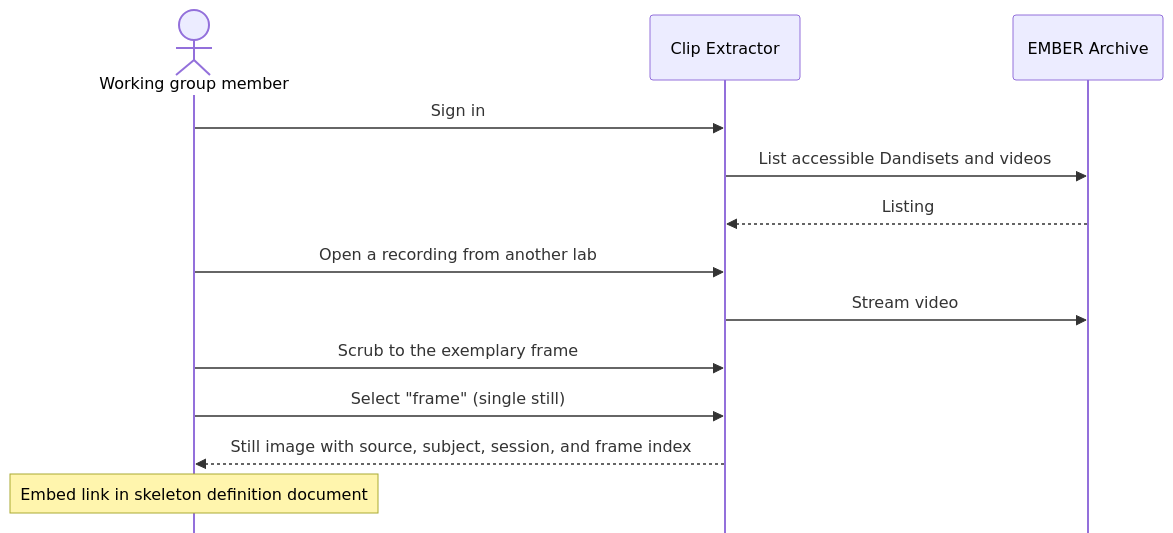
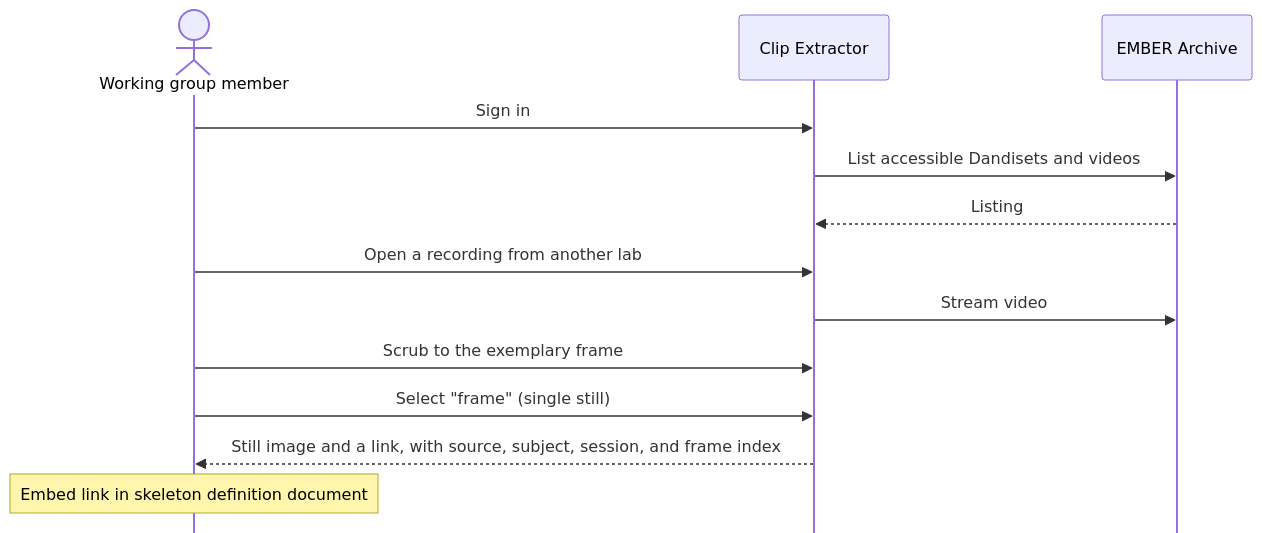
One commit to CodyCBakerPhD/BBQS-EMBER-docs changed the diagram in user-stories/clip-extractor/story-04-capture-a-reference-frame-for-a-skeleton-definition.md. Above: the diagram before and after it, drawn with Mermaid. The commit also changed other lines of this file, not shown here.

First line of the commit message:
Carry the shareable link through story 4

````diff
--- a/user-stories/clip-extractor/story-04-capture-a-reference-frame-for-a-skeleton-definition.md
+++ b/user-stories/clip-extractor/story-04-capture-a-reference-frame-for-a-skeleton-definition.md
@@ -17,17 +18,17 @@
 ```mermaid
 %%{init: {"sequence": {"mirrorActors": false}}}%%
 sequenceDiagram
     actor W as Working group member
     participant CE as Clip Extractor
     participant E as EMBER Archive
 
     W->>CE: Sign in
     CE->>E: List accessible Dandisets and videos
     E-->>CE: Listing
     W->>CE: Open a recording from another lab
     CE->>E: Stream video
     W->>CE: Scrub to the exemplary frame
     W->>CE: Select "frame" (single still)
-    CE-->>W: Still image with source, subject, session, and frame index
+    CE-->>W: Still image and a link, with source, subject, session, and frame index
     Note over W: Embed link in skeleton definition document
 ```
````
